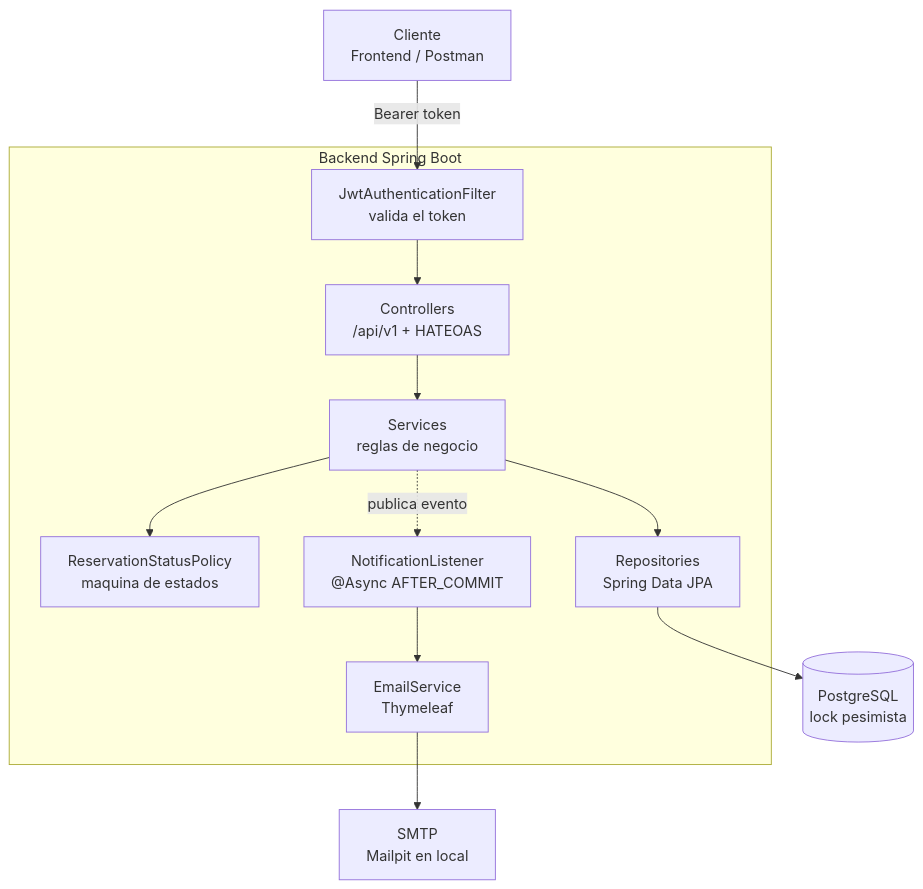
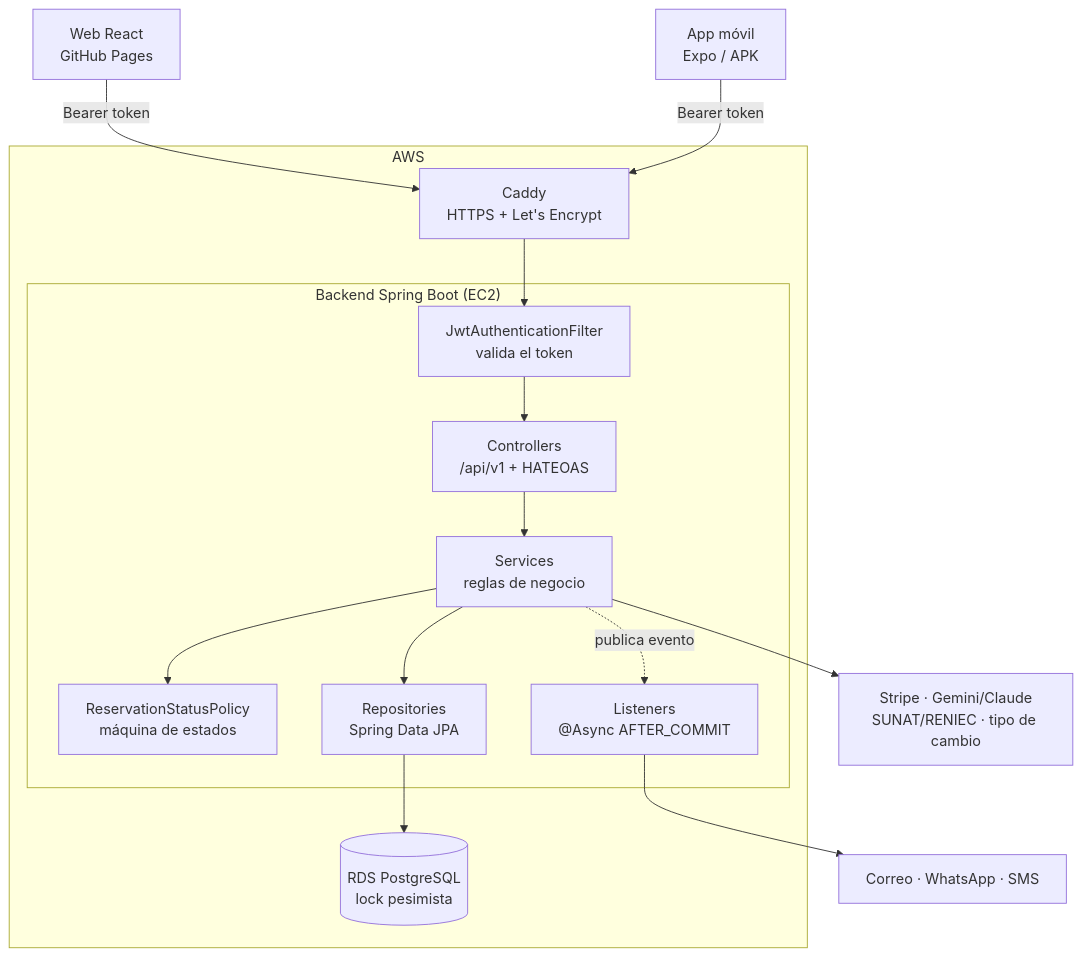
One commit to sergio453LOL/BackendRentequipV2 changed the first of 2 diagrams in README.md. Above: the diagram before and after it, drawn with Mermaid. The commit also changed other lines of this file, not shown here.

````diff
--- a/README.md
+++ b/README.md
@@ -98,19 +125,26 @@
 ```mermaid
 flowchart TB
-    FE["Cliente<br/>Frontend / Postman"]
-    subgraph API["Backend Spring Boot"]
-        JWT["JwtAuthenticationFilter<br/>valida el token"]
-        CTRL["Controllers<br/>/api/v1 + HATEOAS"]
-        SVC["Services<br/>reglas de negocio"]
-        POL["ReservationStatusPolicy<br/>maquina de estados"]
-        REPO["Repositories<br/>Spring Data JPA"]
-        LIS["NotificationListener<br/>@Async AFTER_COMMIT"]
-        MAIL["EmailService<br/>Thymeleaf"]
+    WEB["Web React<br/>GitHub Pages"]
+    MOB["App móvil<br/>Expo / APK"]
+    subgraph AWS["AWS"]
+        CADDY["Caddy<br/>HTTPS + Let's Encrypt"]
+        subgraph API["Backend Spring Boot (EC2)"]
+            JWT["JwtAuthenticationFilter<br/>valida el token"]
+            CTRL["Controllers<br/>/api/v1 + HATEOAS"]
+            SVC["Services<br/>reglas de negocio"]
+            POL["ReservationStatusPolicy<br/>máquina de estados"]
+            REPO["Repositories<br/>Spring Data JPA"]
+            LIS["Listeners<br/>@Async AFTER_COMMIT"]
+        end
+        DB[("RDS PostgreSQL<br/>lock pesimista")]
     end
-    DB[("PostgreSQL<br/>lock pesimista")]
-    SMTP["SMTP<br/>Mailpit en local"]
+    EXT["Stripe · Gemini/Claude<br/>SUNAT/RENIEC · tipo de cambio"]
+    MSG["Correo · WhatsApp · SMS"]
 
-    FE -->|Bearer token| JWT --> CTRL --> SVC --> REPO --> DB
+    WEB -->|Bearer token| CADDY
+    MOB -->|Bearer token| CADDY
+    CADDY --> JWT --> CTRL --> SVC --> REPO --> DB
     SVC --> POL
-    SVC -.->|publica evento| LIS --> MAIL --> SMTP
+    SVC --> EXT
+    SVC -.->|publica evento| LIS --> MSG
 ```
````
